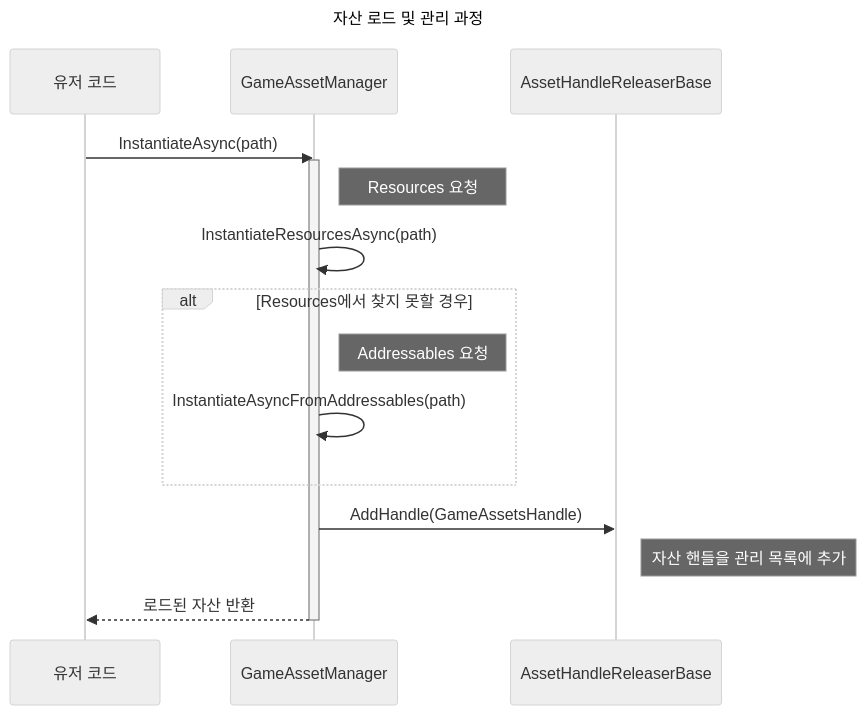
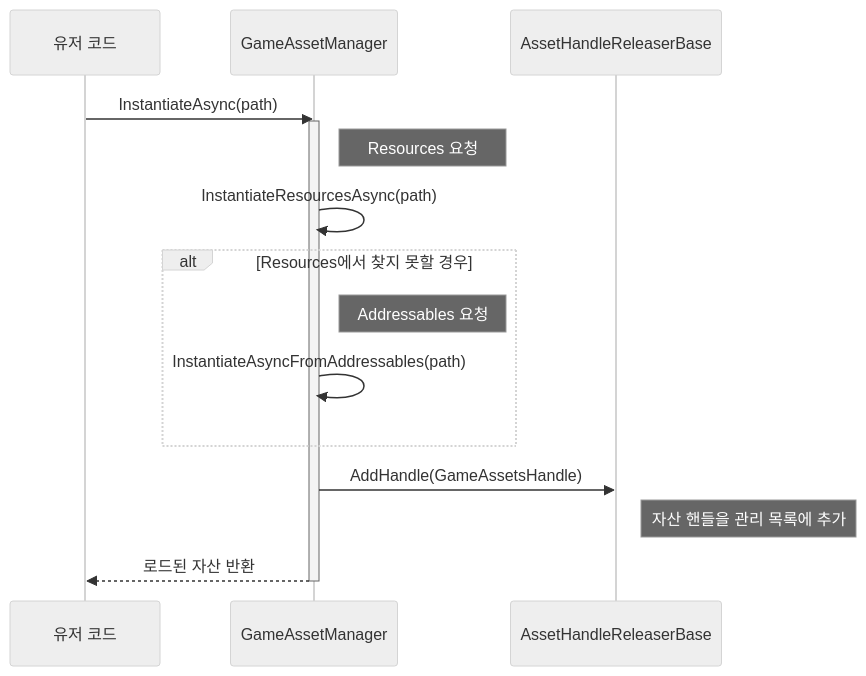
One commit to kosuchoi/ApeFramework changed the first of 3 diagrams in README.md. Above: the diagram before and after it, drawn with Mermaid (neutral theme). The commit also changed other lines of this file, not shown here.

````diff
--- a/README.md
+++ b/README.md
@@ -58,21 +14,19 @@
 ```mermaid
 sequenceDiagram
     participant UserCode as 유저 코드
     participant GameAssetManager
     participant AssetHandleReleaserBase
-
-    title 자산 로드 및 관리 과정
 
     UserCode->>GameAssetManager: InstantiateAsync(path)
     activate GameAssetManager
     Note right of GameAssetManager: Resources 요청
     GameAssetManager->>GameAssetManager: InstantiateResourcesAsync(path)
     alt Resources에서 찾지 못할 경우
     Note right of GameAssetManager: Addressables 요청
         GameAssetManager->>GameAssetManager: InstantiateAsyncFromAddressables(path)
     end
     GameAssetManager->>AssetHandleReleaserBase: AddHandle(GameAssetsHandle)
     Note right of AssetHandleReleaserBase: 자산 핸들을 관리 목록에 추가
     GameAssetManager-->>UserCode: 로드된 자산 반환
     deactivate GameAssetManager
 ```
````
